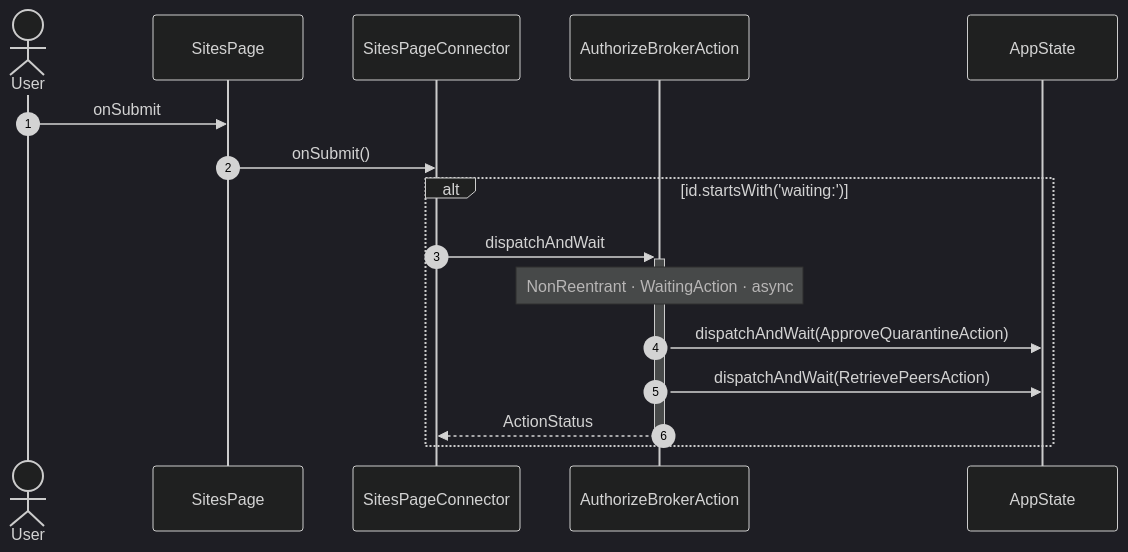
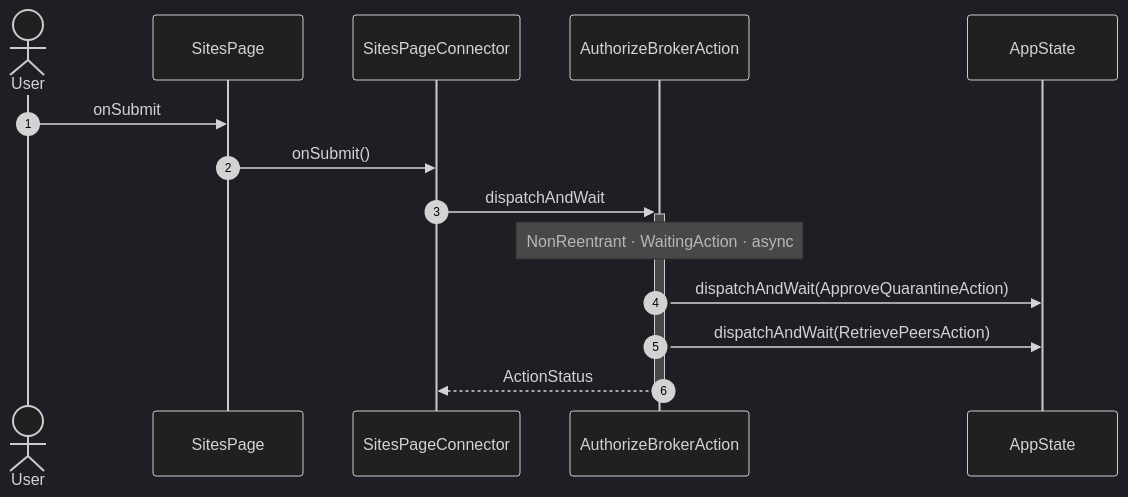
The eighth of 8 diagrams in studio/docs/flows/sites.md (gencto/wyrm), drawn with Mermaid (dark theme) before and after one commit. The commit also changed other lines of this file and 61 other files, not shown here.

````diff
--- a/studio/docs/flows/sites.md
+++ b/studio/docs/flows/sites.md
@@ -198,19 +200,17 @@
 ```mermaid
 sequenceDiagram
     autonumber
     actor User
     participant UI as SitesPage
     participant VM as SitesPageConnector
     participant A1 as AuthorizeBrokerAction
     participant ST as AppState
 
     User->>UI: onSubmit
     UI->>VM: onSubmit()
-    alt id.startsWith('waiting:')
-        VM->>+A1: dispatchAndWait
-        Note over A1: NonReentrant · WaitingAction · async
-        A1->>ST: dispatchAndWait(ApproveQuarantineAction)
-        A1->>ST: dispatchAndWait(RetrievePeersAction)
-        A1-->>-VM: ActionStatus
-    end
+    VM->>+A1: dispatchAndWait
+    Note over A1: NonReentrant · WaitingAction · async
+    A1->>ST: dispatchAndWait(ApproveQuarantineAction)
+    A1->>ST: dispatchAndWait(RetrievePeersAction)
+    A1-->>-VM: ActionStatus
 ```
````
